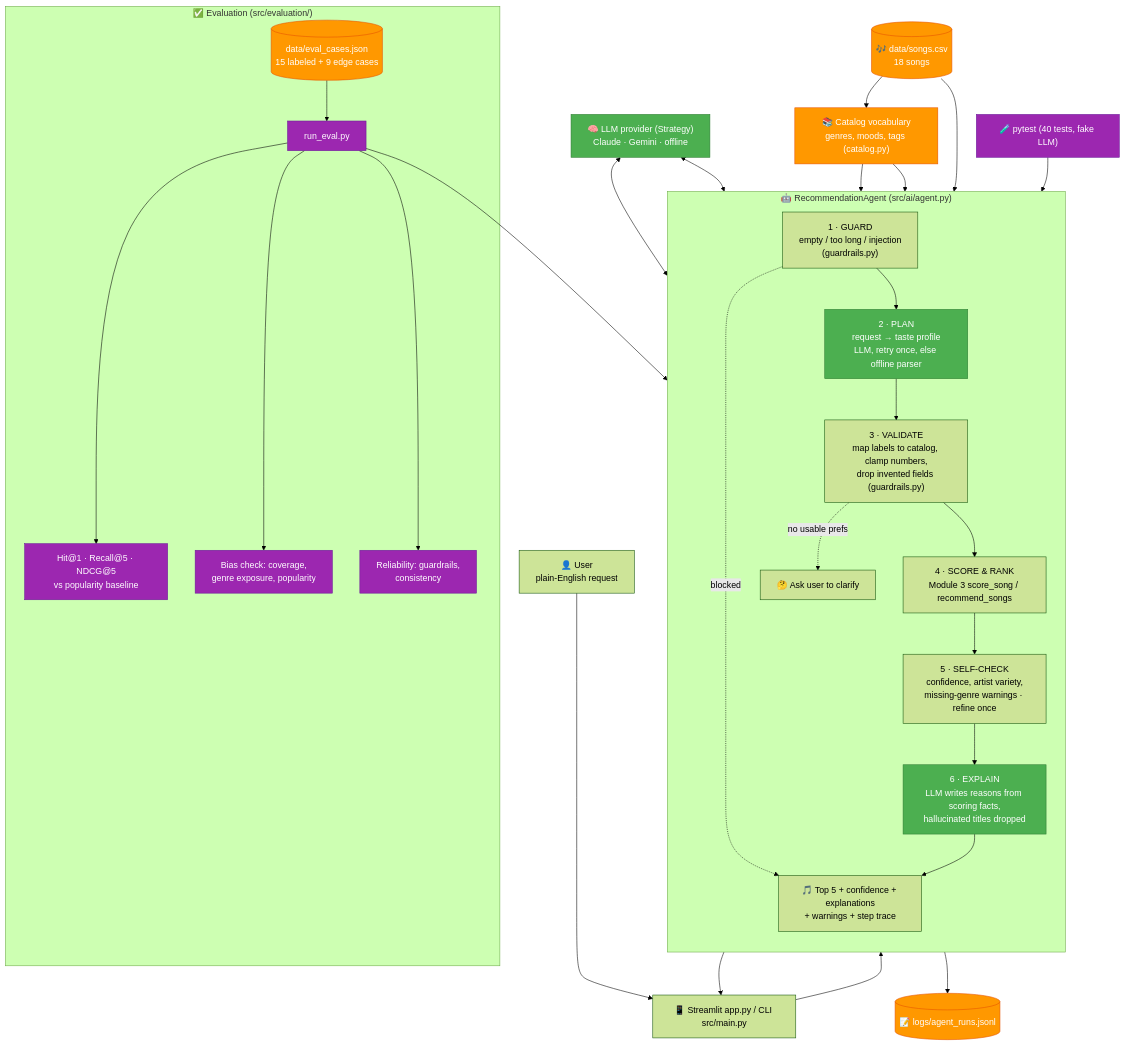
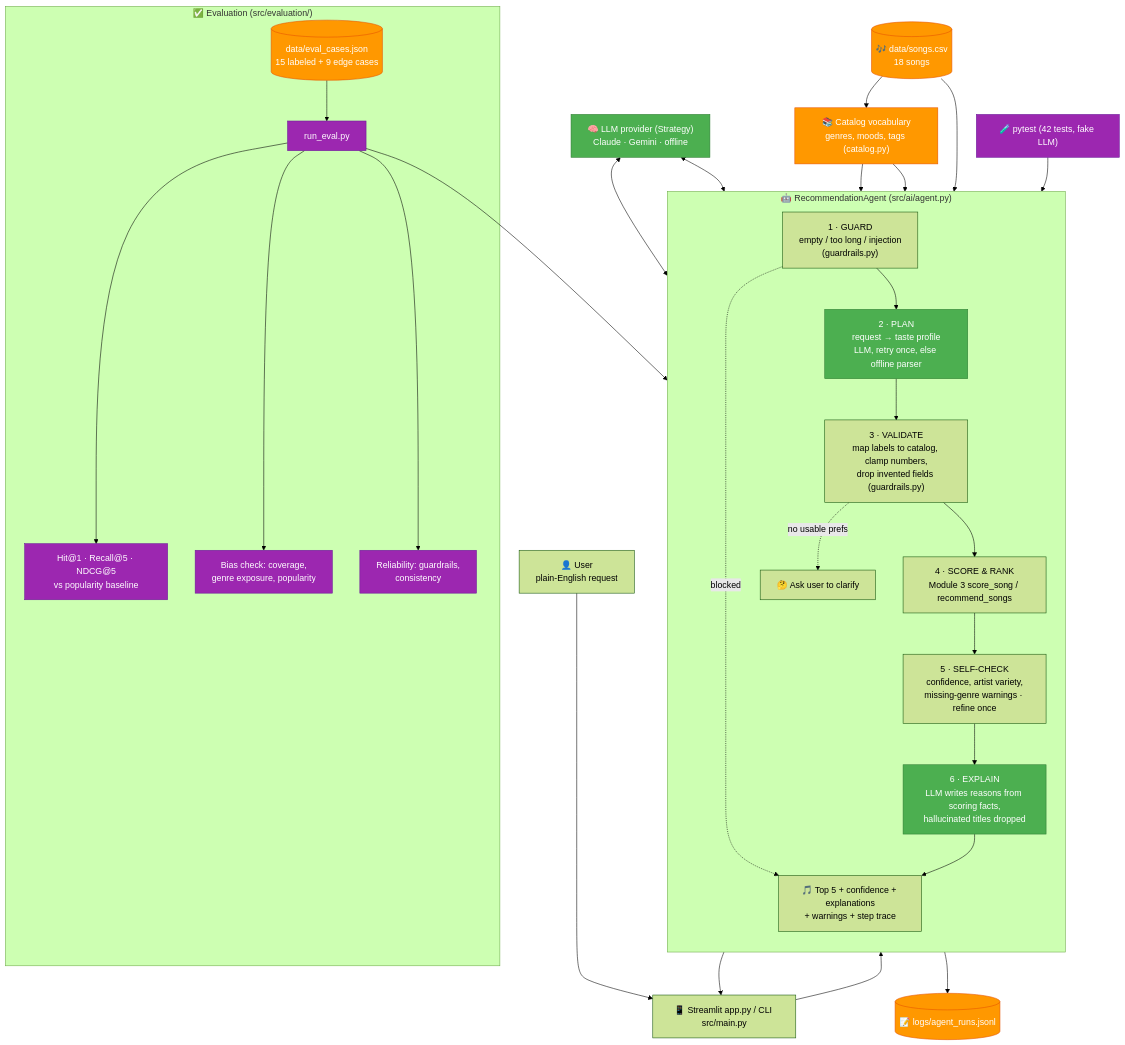
The diagram in diagrams/architecture.mmd (zloy-bobr/applied-ai-system-project), drawn with Mermaid (forest theme) before and after one commit. The commit also changed 4 other files, not shown here.

```diff
--- a/diagrams/architecture.mmd
+++ b/diagrams/architecture.mmd
@@ -1,43 +1,43 @@
 flowchart TD
     User["👤 User<br/>plain-English request"] --> UI["📱 Streamlit app.py / CLI src/main.py"]
     UI --> Agent
 
     subgraph Agent["🤖 RecommendationAgent (src/ai/agent.py)"]
         direction TB
         G["1 · GUARD<br/>empty / too long / injection<br/>(guardrails.py)"]
         P["2 · PLAN<br/>request → taste profile<br/>LLM, retry once, else offline parser"]
         V["3 · VALIDATE<br/>map labels to catalog, clamp numbers,<br/>drop invented fields (guardrails.py)"]
         S["4 · SCORE & RANK<br/>Module 3 score_song / recommend_songs"]
         C["5 · SELF-CHECK<br/>confidence, artist variety,<br/>missing-genre warnings · refine once"]
         E["6 · EXPLAIN<br/>LLM writes reasons from scoring facts,<br/>hallucinated titles dropped"]
         G --> P --> V --> S --> C --> E
         G -. blocked .-> Out
         V -. no usable prefs .-> Clarify["🤔 Ask user to clarify"]
     end
 
     LLM["🧠 LLM provider (Strategy)<br/>Claude · Gemini · offline"] <--> P
     LLM <--> E
     Vocab["📚 Catalog vocabulary<br/>genres, moods, tags (catalog.py)"] --> P
     Vocab --> V
     Songs[("🎶 data/songs.csv<br/>18 songs")] --> Vocab
     Songs --> S
 
     E --> Out["🎵 Top 5 + confidence + explanations<br/>+ warnings + step trace"]
     Out --> UI
     Agent --> Log[("📝 logs/agent_runs.jsonl")]
 
     subgraph Eval["✅ Evaluation (src/evaluation/)"]
         Cases[("data/eval_cases.json<br/>15 labeled + 9 edge cases")] --> Harness["run_eval.py"]
         Harness --> Metrics["Hit@1 · Recall@5 · NDCG@5<br/>vs popularity baseline"]
         Harness --> Bias["Bias check: coverage,<br/>genre exposure, popularity"]
         Harness --> Rel["Reliability: guardrails,<br/>consistency"]
     end
     Harness --> Agent
-    Tests["🧪 pytest (40 tests, fake LLM)"] --> Agent
+    Tests["🧪 pytest (42 tests, fake LLM)"] --> Agent
 
     classDef ai fill:#4CAF50,stroke:#2E7D32,color:#fff
     classDef data fill:#FF9800,stroke:#E65100,color:#fff
     classDef eval fill:#9C27B0,stroke:#6A1B9A,color:#fff
     class P,E,LLM ai
     class Songs,Vocab,Cases,Log data
     class Harness,Metrics,Bias,Rel,Tests eval
```
